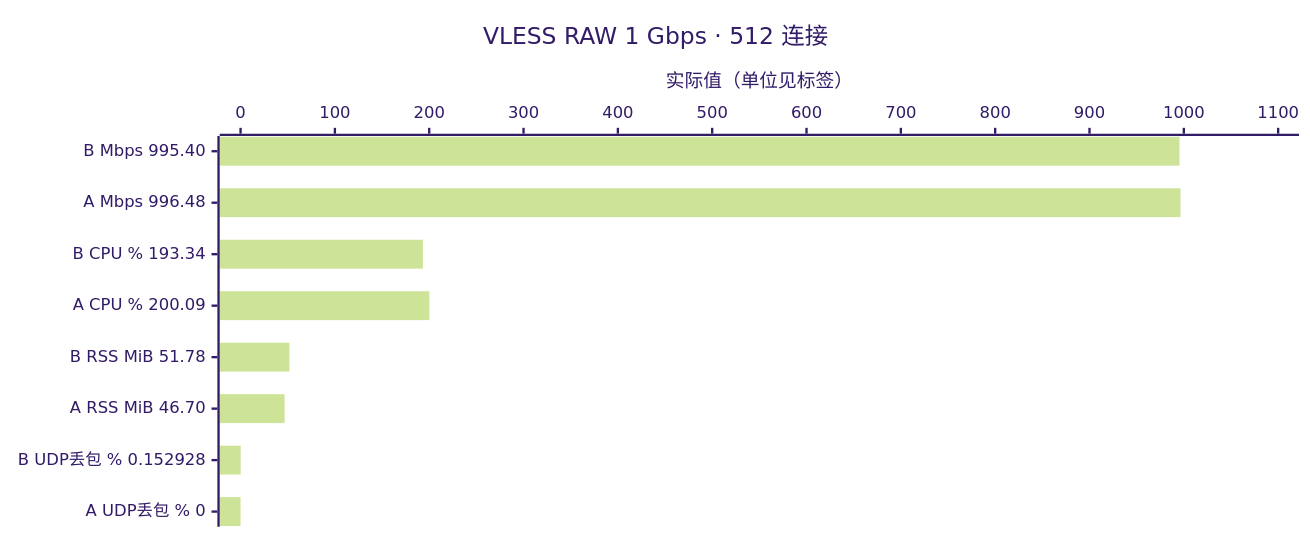
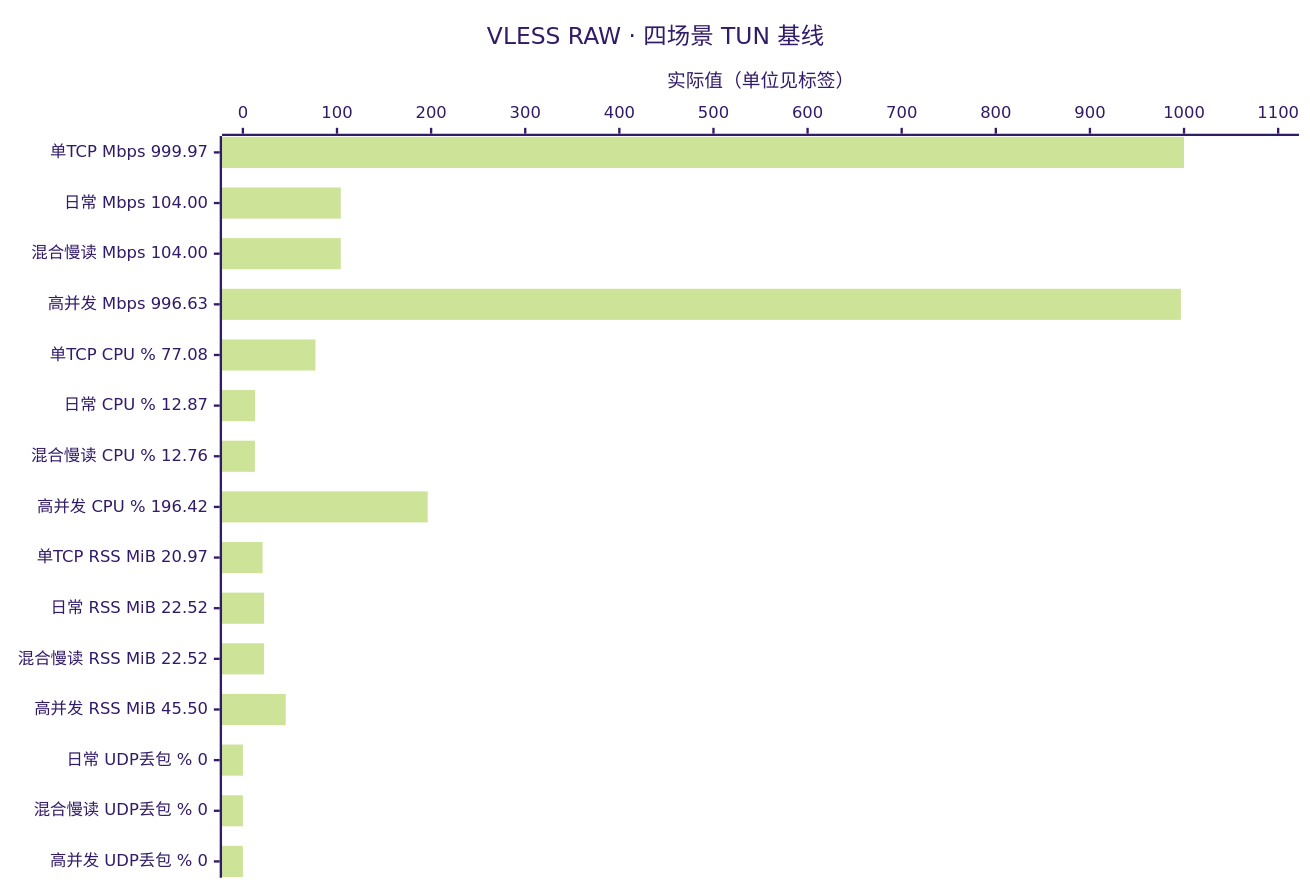
Before and after one commit to YuanDevTeam/Vole: the fourth of 4 diagrams in docs/benchmark.md, drawn with Mermaid (forest theme). The commit also changed other lines of this file and 1 other file, not shown here.

````diff
--- a/docs/benchmark.md
+++ b/docs/benchmark.md
@@ -77,13 +80,13 @@
 ```mermaid
 ---
 config:
   xyChart:
-    height: 440
+    height: 740
     width: 1100
 ---
 xychart-beta horizontal
-    title "VLESS RAW 1 Gbps · 512 连接"
-    x-axis ["B Mbps 995.40", "A Mbps 996.48", "B CPU % 193.34", "A CPU % 200.09", "B RSS MiB 51.78", "A RSS MiB 46.70", "B UDP丢包 % 0.152928", "A UDP丢包 % 0"]
+    title "VLESS RAW · 四场景 TUN 基线"
+    x-axis ["单TCP Mbps 999.97", "日常 Mbps 104.00", "混合慢读 Mbps 104.00", "高并发 Mbps 996.63", "单TCP CPU % 77.08", "日常 CPU % 12.87", "混合慢读 CPU % 12.76", "高并发 CPU % 196.42", "单TCP RSS MiB 20.97", "日常 RSS MiB 22.52", "混合慢读 RSS MiB 22.52", "高并发 RSS MiB 45.50", "日常 UDP丢包 % 0", "混合慢读 UDP丢包 % 0", "高并发 UDP丢包 % 0"]
     y-axis "实际值（单位见标签）" 0 --> 1100
-    bar [995.397937, 996.481914, 193.341669, 200.092002, 51.777344, 46.699219, 0.152928, 0]
+    bar [999.974502, 103.999168, 103.998848, 996.631473, 77.084215, 12.873191, 12.756615, 196.423387, 20.972656, 22.523438, 22.523438, 45.5, 0, 0, 0]
 ```
````
